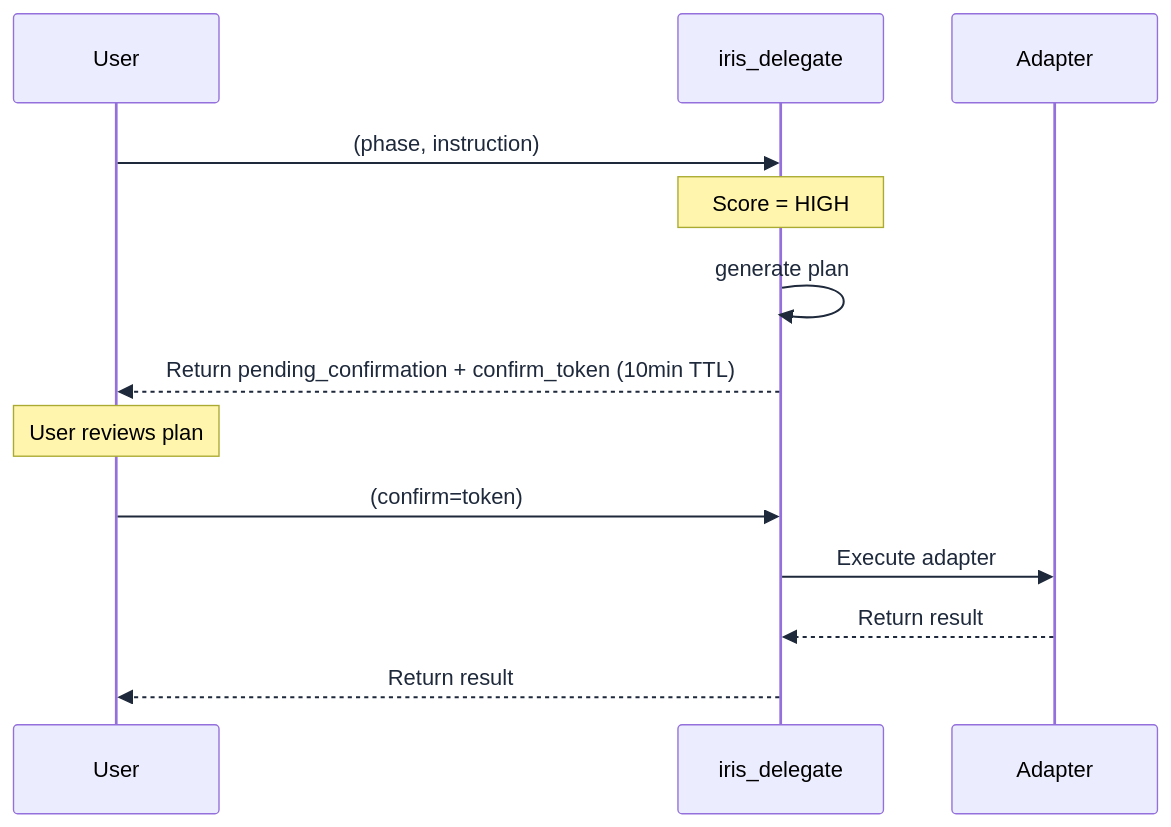
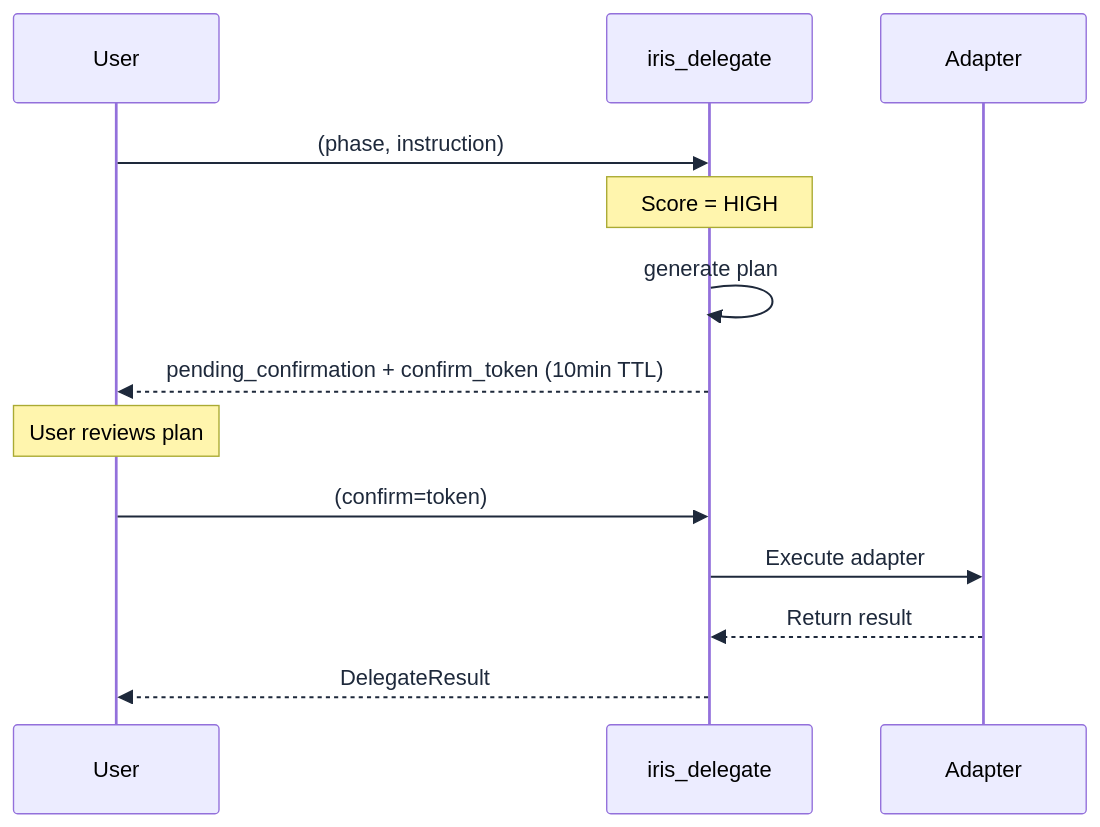
Before and after one commit to Geraldow/iris: the sixth of 9 diagrams in ARCHITECTURE.md, drawn with Mermaid. The commit also changed other lines of this file and 1 other file, not shown here.

Commit message:
docs: update ARCHITECTURE and PRD to reflect Odoo orchestration and excalidraw integration

````diff
--- a/ARCHITECTURE.md
+++ b/ARCHITECTURE.md
@@ -92,17 +232,17 @@
 ```mermaid
-%%{init: {'theme': 'default', 'themeVariables': {'primaryColor': '#dbeafe', 'primaryTextColor': '#1e293b', 'primaryBorderColor': '#3b82f6', 'lineColor': '#6366f1', 'secondaryColor': '#f0fdf4', 'secondaryTextColor': '#1e293b', 'secondaryBorderColor': '#22c55e', 'tertiaryColor': '#fef3c7', 'tertiaryTextColor': '#1e293b', 'textColor': '#1e293b', 'clusterBkg': '#eff6ff', 'clusterBorder': '#3b82f6'}}}%%
+%%{init: {'theme': 'default', 'themeVariables': {'primaryColor': '#dbeafe', 'primaryTextColor': '#1e293b', 'primaryBorderColor': '#3b82f6', 'lineColor': '#6366f1', 'textColor': '#1e293b', 'clusterBkg': '#eff6ff', 'clusterBorder': '#3b82f6'}}}%%
 sequenceDiagram
     participant U as User
     participant I as iris_delegate
     participant A as Adapter
-    
+
     U->>I: (phase, instruction)
     Note over I: Score = HIGH
     I->>I: generate plan
-    I-->>U: Return pending_confirmation + confirm_token (10min TTL)
+    I-->>U: pending_confirmation + confirm_token (10min TTL)
     Note over U: User reviews plan
     U->>I: (confirm=token)
     I->>A: Execute adapter
     A-->>I: Return result
-    I-->>U: Return result
+    I-->>U: DelegateResult
 ```
````
